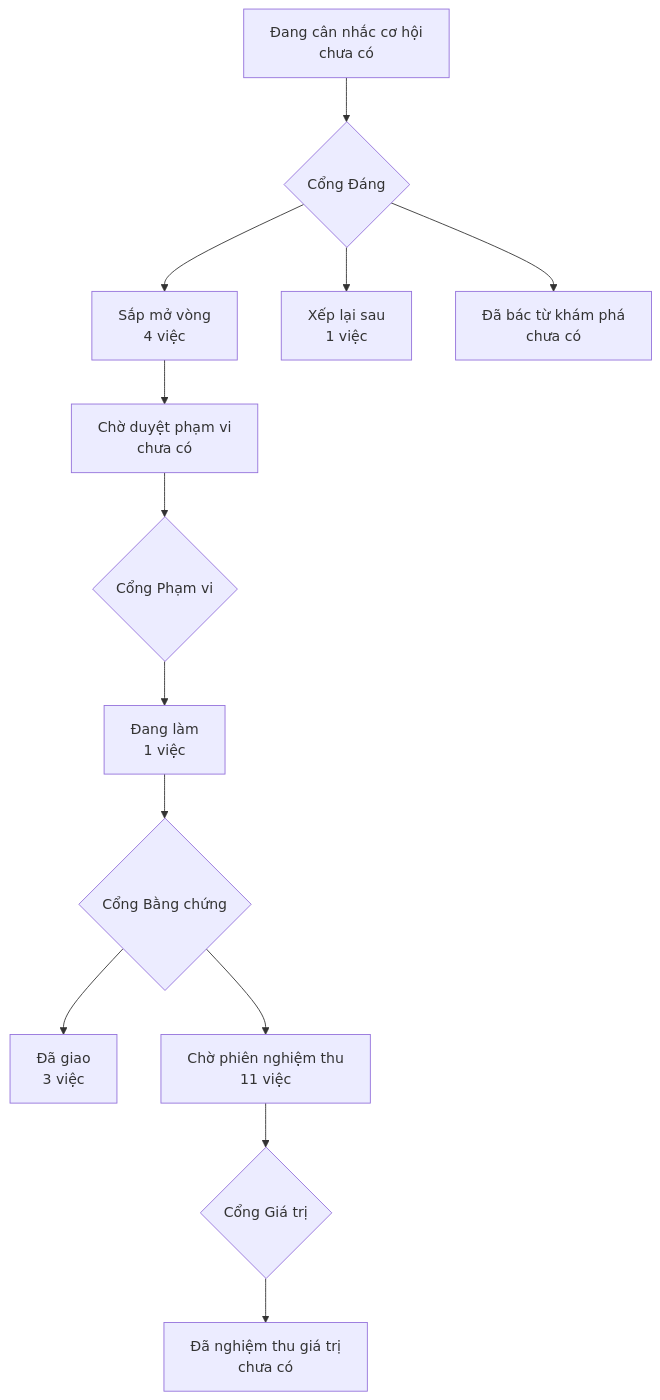
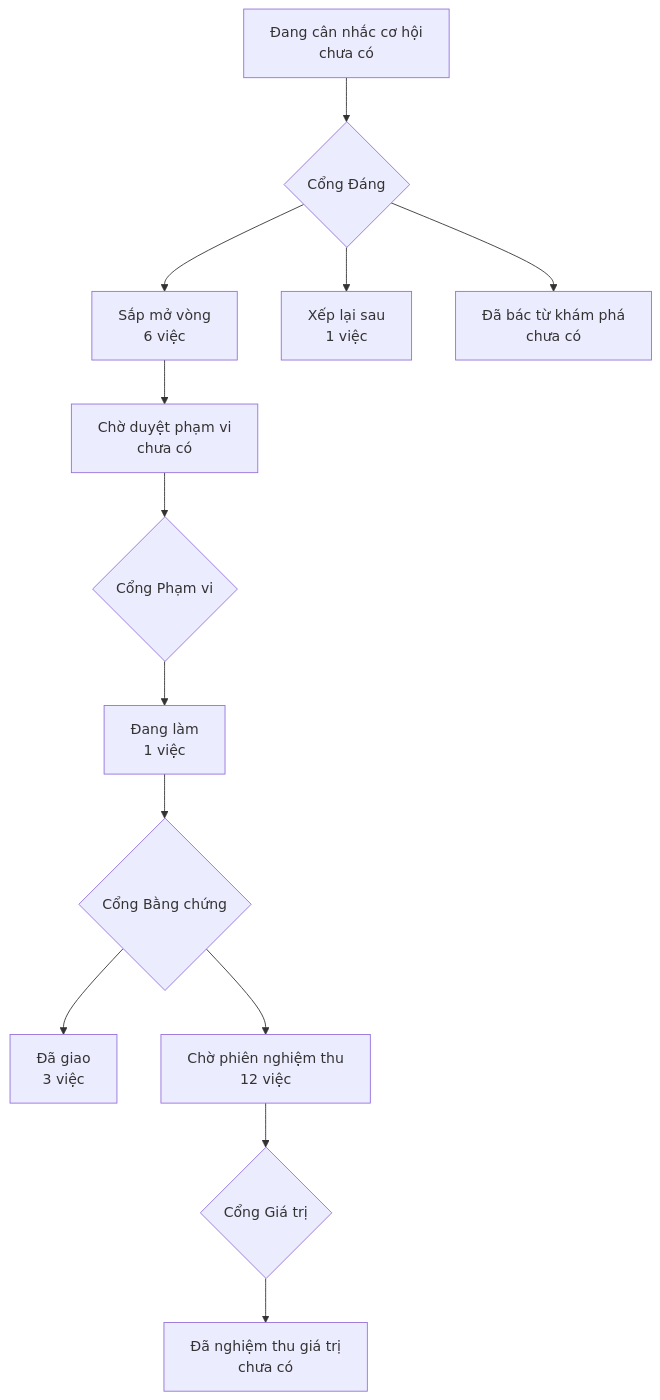
One commit to phanlemanh/onehub-quy-hang changed the diagram in PRODUCT-MAP.md. Above: the diagram before and after it, drawn with Mermaid. The commit also changed other lines of this file and 1 other file, not shown here.

Commit message:
chore: vẽ lại bản đồ sản phẩm và trang lộ trình sau gộp main

````diff
--- a/PRODUCT-MAP.md
+++ b/PRODUCT-MAP.md
@@ -7,12 +7,12 @@
 ```mermaid
 flowchart TD
   A["Đang cân nhắc cơ hội<br/>chưa có"] --> GD{"Cổng Đáng"}
-  GD --> B["Sắp mở vòng<br/>4 việc"]
+  GD --> B["Sắp mở vòng<br/>6 việc"]
   GD --> XL["Xếp lại sau<br/>1 việc"]
   GD --> DB["Đã bác từ khám phá<br/>chưa có"]
   B --> CD["Chờ duyệt phạm vi<br/>chưa có"] --> GP{"Cổng Phạm vi"}
   GP --> DL["Đang làm<br/>1 việc"] --> GB{"Cổng Bằng chứng"}
   GB --> DG["Đã giao<br/>3 việc"]
-  GB --> CN["Chờ phiên nghiệm thu<br/>11 việc"] --> GG{"Cổng Giá trị"}
+  GB --> CN["Chờ phiên nghiệm thu<br/>12 việc"] --> GG{"Cổng Giá trị"}
   GG --> NT["Đã nghiệm thu giá trị<br/>chưa có"]
 ```
````
